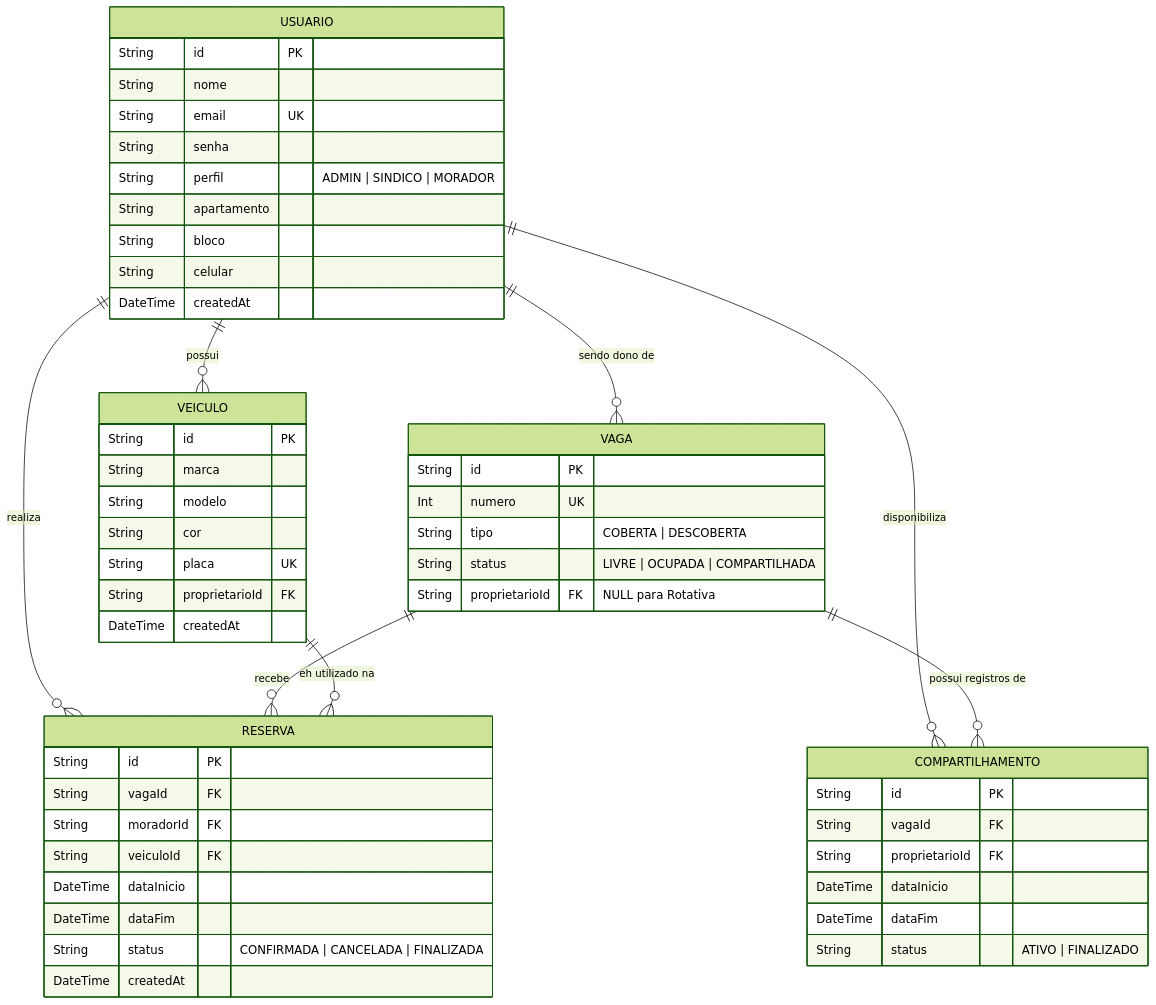
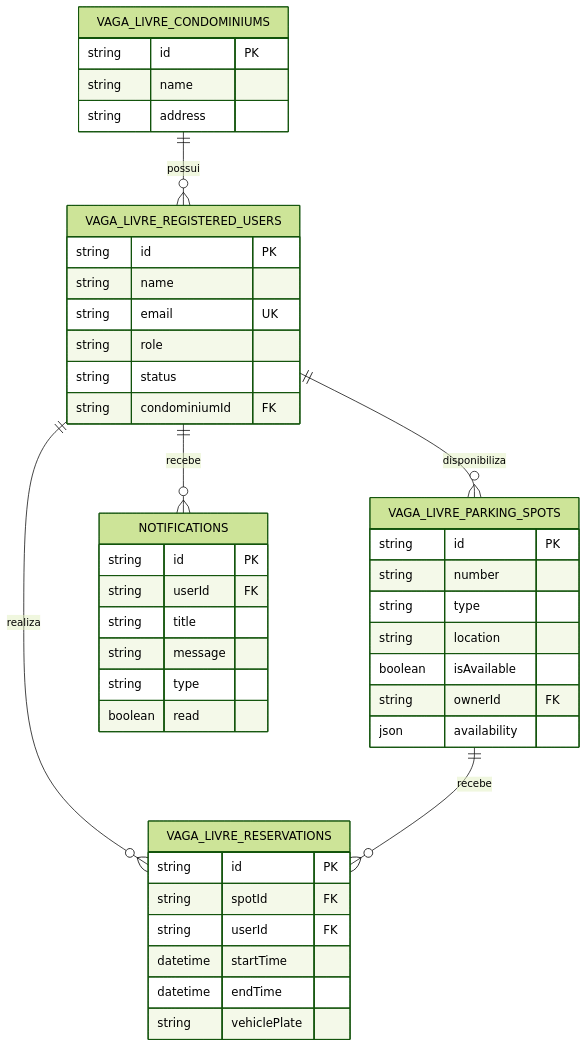
The first of 3 diagrams in docs/backend-apis.md (dezim005/6sem), drawn with Mermaid (forest theme) before and after one commit. The commit also changed other lines of this file, not shown here.

Commit message:
Update fmt.Println message from 'Hello' to 'Goodbye'

````diff
--- a/docs/backend-apis.md
+++ b/docs/backend-apis.md
@@ -88,58 +95,47 @@
 ```mermaid
 erDiagram
-    USUARIO {
-        String id PK
-        String nome
-        String email UK
-        String senha
-        String perfil "ADMIN | SINDICO | MORADOR"
-        String apartamento
-        String bloco
-        String celular
-        DateTime createdAt
+    VAGA_LIVRE_CONDOMINIUMS ||--o{ VAGA_LIVRE_REGISTERED_USERS : possui
+    VAGA_LIVRE_REGISTERED_USERS ||--o{ VAGA_LIVRE_PARKING_SPOTS : disponibiliza
+    VAGA_LIVRE_REGISTERED_USERS ||--o{ VAGA_LIVRE_RESERVATIONS : realiza
+    VAGA_LIVRE_PARKING_SPOTS ||--o{ VAGA_LIVRE_RESERVATIONS : recebe
+    VAGA_LIVRE_REGISTERED_USERS ||--o{ NOTIFICATIONS : recebe
+
+    VAGA_LIVRE_CONDOMINIUMS {
+        string id PK
+        string name
+        string address
     }
-    VEICULO {
-        String id PK
-        String marca
-        String modelo
-        String cor
-        String placa UK
-        String proprietarioId FK
-        DateTime createdAt
+    VAGA_LIVRE_REGISTERED_USERS {
+        string id PK
+        string name
+        string email UK
+        string role
+        string status
+        string condominiumId FK
     }
-    VAGA {
-        String id PK
-        Int numero UK
-        String tipo "COBERTA | DESCOBERTA"
-        String status "LIVRE | OCUPADA | COMPARTILHADA"
-        String proprietarioId FK "NULL para Rotativa"
+    VAGA_LIVRE_PARKING_SPOTS {
+        string id PK
+        string number
+        string type
+        string location
+        boolean isAvailable
+        string ownerId FK
+        json availability
     }
-    COMPARTILHAMENTO {
-        String id PK
-        String vagaId FK
-        String proprietarioId FK
-        DateTime dataInicio
-        DateTime dataFim
-        String status "ATIVO | FINALIZADO"
+    VAGA_LIVRE_RESERVATIONS {
+        string id PK
+        string spotId FK
+        string userId FK
+        datetime startTime
+        datetime endTime
+        string vehiclePlate
     }
-    RESERVA {
-        String id PK
-        String vagaId FK
-        String moradorId FK
-        String veiculoId FK
-        DateTime dataInicio
-        DateTime dataFim
-        String status "CONFIRMADA | CANCELADA | FINALIZADA"
-        DateTime createdAt
+    NOTIFICATIONS {
+        string id PK
+        string userId FK
+        string title
+        string message
+        string type
+        boolean read
     }
-
-    USUARIO ||--o{ VEICULO : "possui"
-    USUARIO ||--o{ VAGA : "sendo dono de"
-    USUARIO ||--o{ COMPARTILHAMENTO : "disponibiliza"
-    USUARIO ||--o{ RESERVA : "realiza"
-    
-    VAGA ||--o{ COMPARTILHAMENTO : "possui registros de"
-    VAGA ||--o{ RESERVA : "recebe"
-    
-    VEICULO ||--o{ RESERVA : "eh utilizado na"
 ```
````
